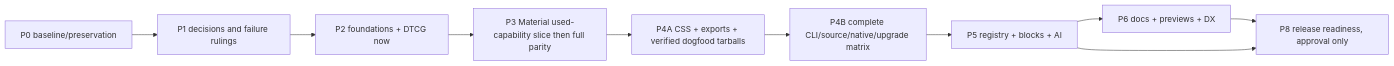
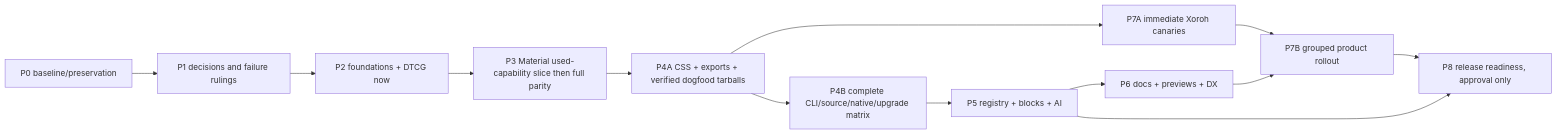
Before and after one commit to xoroh/kern: the diagram in docs/planning/IMPLEMENTATION_PHASES.md, drawn with Mermaid. The commit also changed other lines of this file and 26 other files, not shown here.

````diff
--- a/docs/planning/IMPLEMENTATION_PHASES.md
+++ b/docs/planning/IMPLEMENTATION_PHASES.md
@@ -5,12 +5,15 @@
 ```mermaid
 flowchart LR
   P0["P0 baseline/preservation"] --> P1["P1 decisions and failure rulings"]
   P1 --> P2["P2 foundations + DTCG now"]
   P2 --> P3["P3 Material used-capability slice then full parity"]
   P3 --> P4A["P4A CSS + exports + verified dogfood tarballs"]
+  P4A --> P7A["P7A immediate Xoroh canaries"]
   P4A --> P4B["P4B complete CLI/source/native/upgrade matrix"]
   P4B --> P5["P5 registry + blocks + AI"]
   P5 --> P6["P6 docs + previews + DX"]
-  P6 --> P8["P8 release readiness, approval only"]
+  P7A --> P7B["P7B grouped product rollout"]
+  P6 --> P7B
+  P7B --> P8["P8 release readiness, approval only"]
   P5 --> P8
 ```
````
